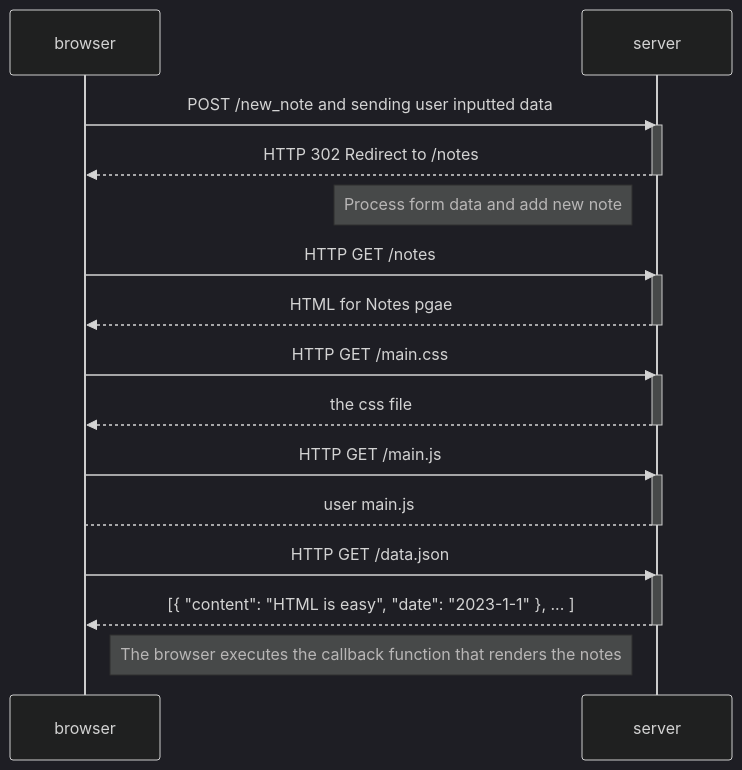
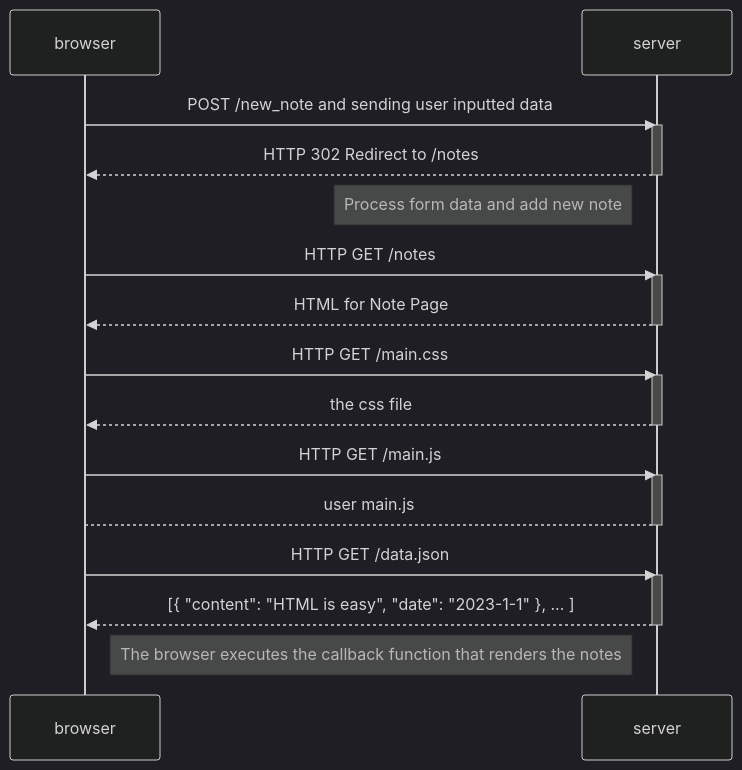
Before and after one commit to abrahamparn/fullstackopen: the first of 2 diagrams in part0/README.md, drawn with Mermaid (dark theme). The commit also changed other lines of this file, not shown here.

Commit message:
adding single page app diagram

````diff
--- a/part0/README.md
+++ b/part0/README.md
@@ -1,34 +5,34 @@
 ```mermaid
 sequenceDiagram
 participant browser
 participant server
 
     browser->>server: POST /new_note and sending user inputted data
     activate server
     server-->>browser: HTTP 302 Redirect to /notes
     deactivate server
 
     Note left of server: Process form data and add new note
 
     browser->>server: HTTP GET /notes
     activate server
-    server-->>browser: HTML for Notes pgae
+    server-->>browser: HTML for Note Page
     deactivate server
 
     browser->>server: HTTP GET /main.css
     activate server
     server-->>browser: the css file
     deactivate server
 
     browser->>server: HTTP GET /main.js
     activate server
     server -->browser: user main.js
     deactivate server
 
     browser->>server: HTTP GET /data.json
     activate server
     server-->>browser: [{ "content": "HTML is easy", "date": "2023-1-1" }, ... ]
     deactivate server
 
     Note right of browser: The browser executes the callback function that renders the notes
 ```
````
